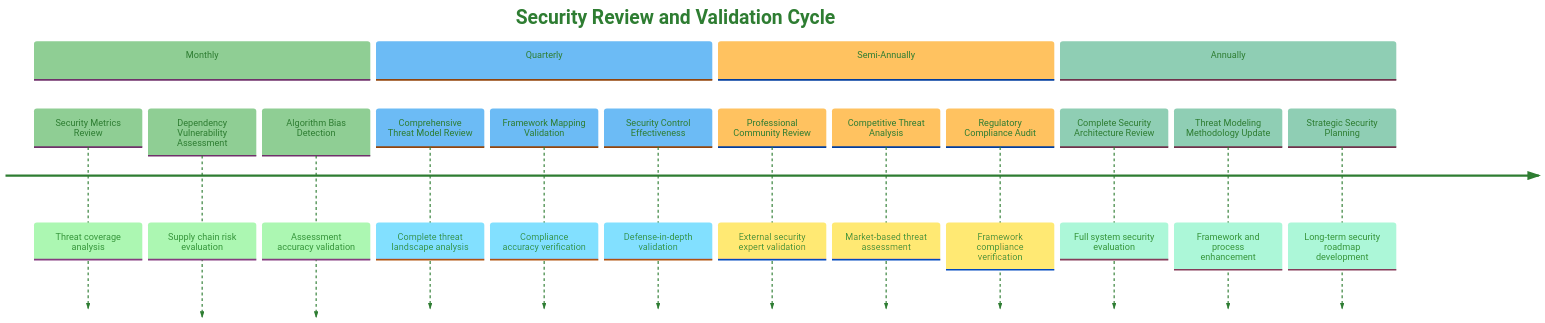
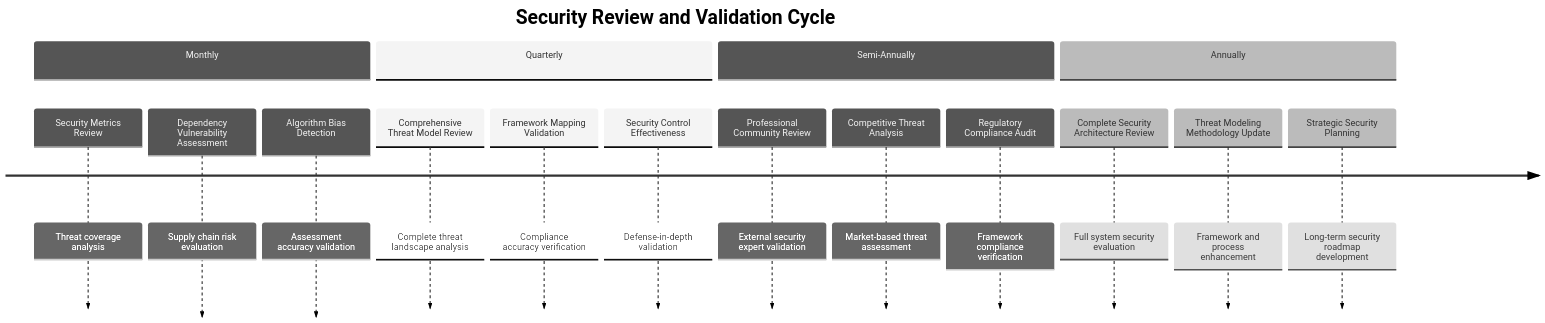
One commit to step-security-bot/cia-compliance-manager changed diagram 15 of 15 in docs/architecture/THREAT_MODEL.md. Above: the diagram before and after it, drawn with Mermaid. The commit also changed other lines of this file and 27 other files, not shown here.

First line of the commit message:
fix: resolve broken mermaid diagrams and improve color coding to match ISMS style guide (#1106)

````diff
--- a/docs/architecture/THREAT_MODEL.md
+++ b/docs/architecture/THREAT_MODEL.md
@@ -1361,32 +1263,21 @@
 ```mermaid
-%%{
-  init: {
-    'theme': 'base',
-    'themeVariables': {
-      'primaryColor': '#e8f5e9',
-      'primaryTextColor': '#2e7d32',
-      'lineColor': '#4caf50',
-      'secondaryColor': '#e3f2fd',
-      'tertiaryColor': '#fff3e0'
-    }
-  }
-}%%
+%%{init: {"theme": "neutral"}}%%
 timeline
     title Security Review and Validation Cycle
     section Monthly
         Security Metrics Review : Threat coverage analysis
         Dependency Vulnerability Assessment : Supply chain risk evaluation
         Algorithm Bias Detection : Assessment accuracy validation
     section Quarterly
         Comprehensive Threat Model Review : Complete threat landscape analysis
         Framework Mapping Validation : Compliance accuracy verification
         Security Control Effectiveness : Defense-in-depth validation
     section Semi-Annually
         Professional Community Review : External security expert validation
         Competitive Threat Analysis : Market-based threat assessment
         Regulatory Compliance Audit : Framework compliance verification
     section Annually
         Complete Security Architecture Review : Full system security evaluation
         Threat Modeling Methodology Update : Framework and process enhancement
         Strategic Security Planning : Long-term security roadmap development
 ```
````
